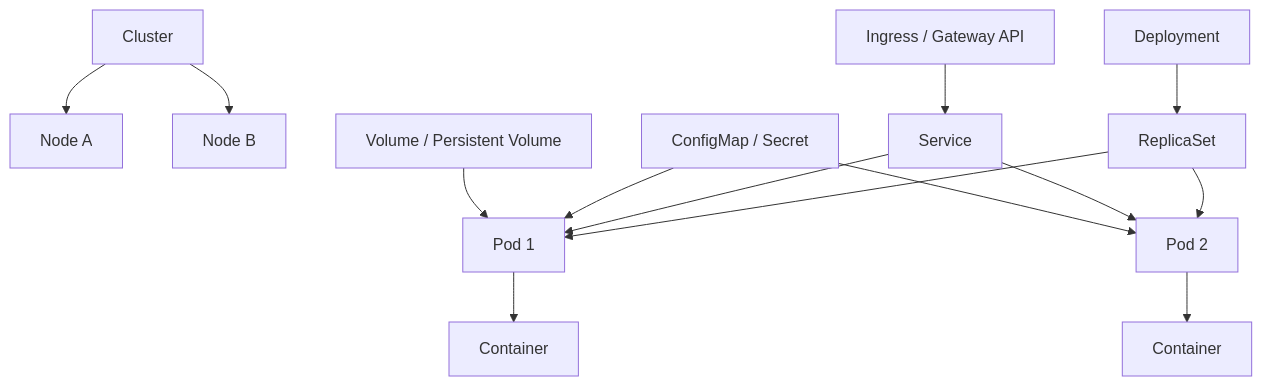
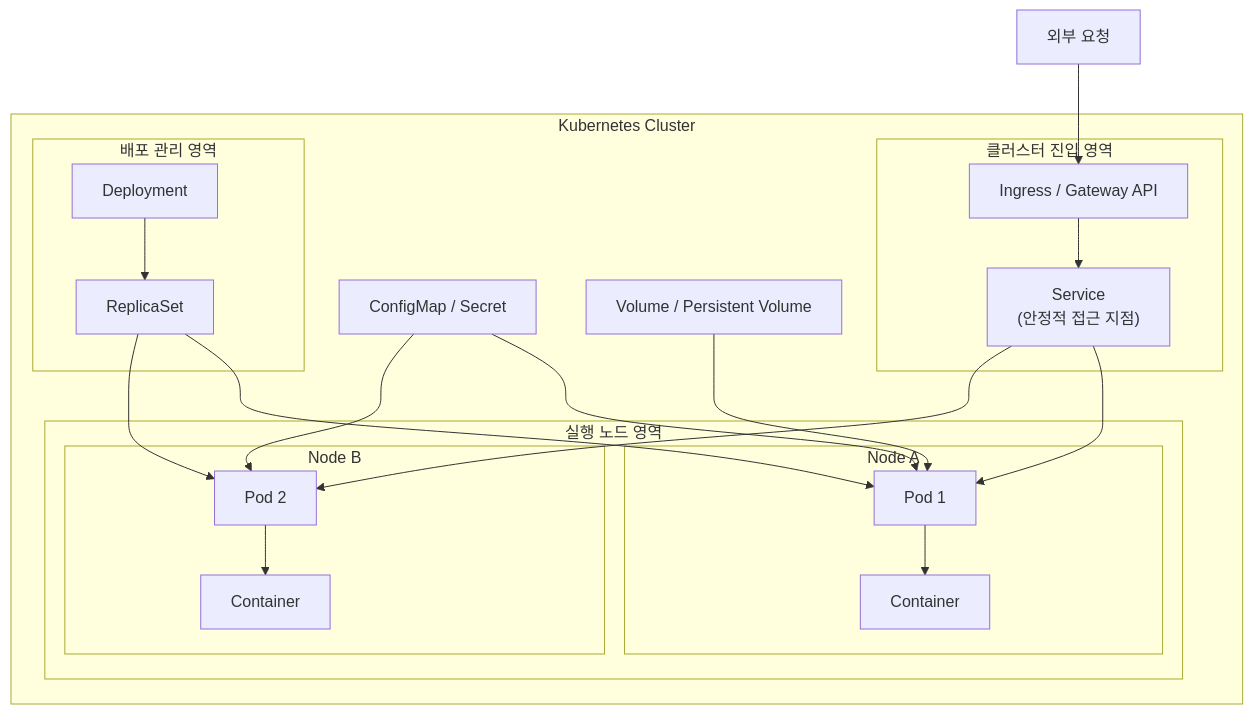
One commit to dev-len/private-docs changed the tenth of 15 diagrams in ai_gateway_rag_memory_learning_book.md. Above: the diagram before and after it, drawn with Mermaid. The commit also changed other lines of this file, not shown here.

````diff
--- a/ai_gateway_rag_memory_learning_book.md
+++ b/ai_gateway_rag_memory_learning_book.md
@@ -434,16 +553,27 @@
 ```mermaid
 flowchart TD
-    Cluster["Cluster"] --> Node1["Node A"]
-    Cluster --> Node2["Node B"]
-    Deployment["Deployment"] --> RS["ReplicaSet"]
-    RS --> Pod1["Pod 1"]
-    RS --> Pod2["Pod 2"]
-    Pod1 --> C1["Container"]
-    Pod2 --> C2["Container"]
-    Service["Service"] --> Pod1
-    Service --> Pod2
-    Ingress["Ingress / Gateway API"] --> Service
-    Config["ConfigMap / Secret"] --> Pod1
-    Config --> Pod2
-    Storage["Volume / Persistent Volume"] --> Pod1
+    Client["외부 요청"] --> Ingress["Ingress / Gateway API"]
+    subgraph Cluster["Kubernetes Cluster"]
+        subgraph Entry["클러스터 진입 영역"]
+            Ingress --> Service["Service<br>(안정적 접근 지점)"]
+        end
+        subgraph Control["배포 관리 영역"]
+            Deployment["Deployment"] --> RS["ReplicaSet"]
+        end
+        subgraph Workloads["실행 노드 영역"]
+            subgraph Node1["Node A"]
+                Pod1["Pod 1"] --> C1["Container"]
+            end
+            subgraph Node2["Node B"]
+                Pod2["Pod 2"] --> C2["Container"]
+            end
+        end
+        Config["ConfigMap / Secret"] --> Pod1
+        Config --> Pod2
+        Storage["Volume / Persistent Volume"] --> Pod1
+        Service --> Pod1
+        Service --> Pod2
+        RS --> Pod1
+        RS --> Pod2
+    end
 ```
````
